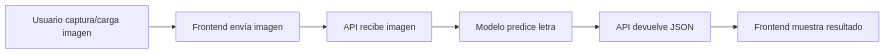
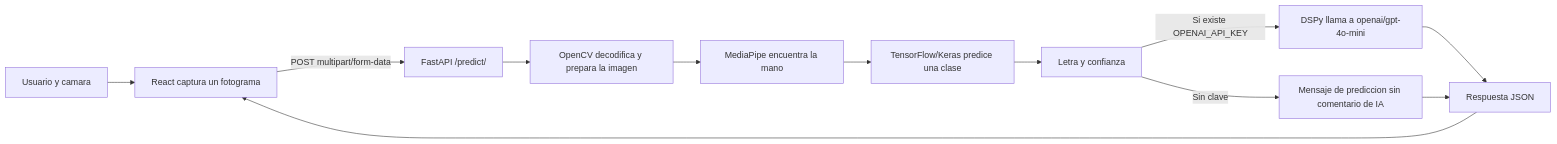
One commit to ErnestoJuarez2708/Identificaci-n-de-Se-as- changed the diagram in README.md. Above: the diagram before and after it, drawn with Mermaid. The commit also changed other lines of this file and 3 other files, not shown here.

````diff
--- a/README.md
+++ b/README.md
@@ -122,8 +26,14 @@
 ```mermaid
-graph LR
-    A[Usuario captura/carga imagen] --> B[Frontend envía imagen]
-    B --> C[API recibe imagen]
-    C --> D[Modelo predice letra]
-    D --> E[API devuelve JSON]
-    E --> F[Frontend muestra resultado]
+flowchart LR
+    U[Usuario y camara] --> F[React captura un fotograma]
+    F -->|POST multipart/form-data| A[FastAPI /predict/]
+    A --> CV[OpenCV decodifica y prepara la imagen]
+    CV --> MP[MediaPipe encuentra la mano]
+    MP --> K[TensorFlow/Keras predice una clase]
+    K --> R[Letra y confianza]
+    R -->|Si existe OPENAI_API_KEY| D[DSPy llama a openai/gpt-4o-mini]
+    R -->|Sin clave| N[Mensaje de prediccion sin comentario de IA]
+    D --> J[Respuesta JSON]
+    N --> J
+    J --> F
 ```
````
